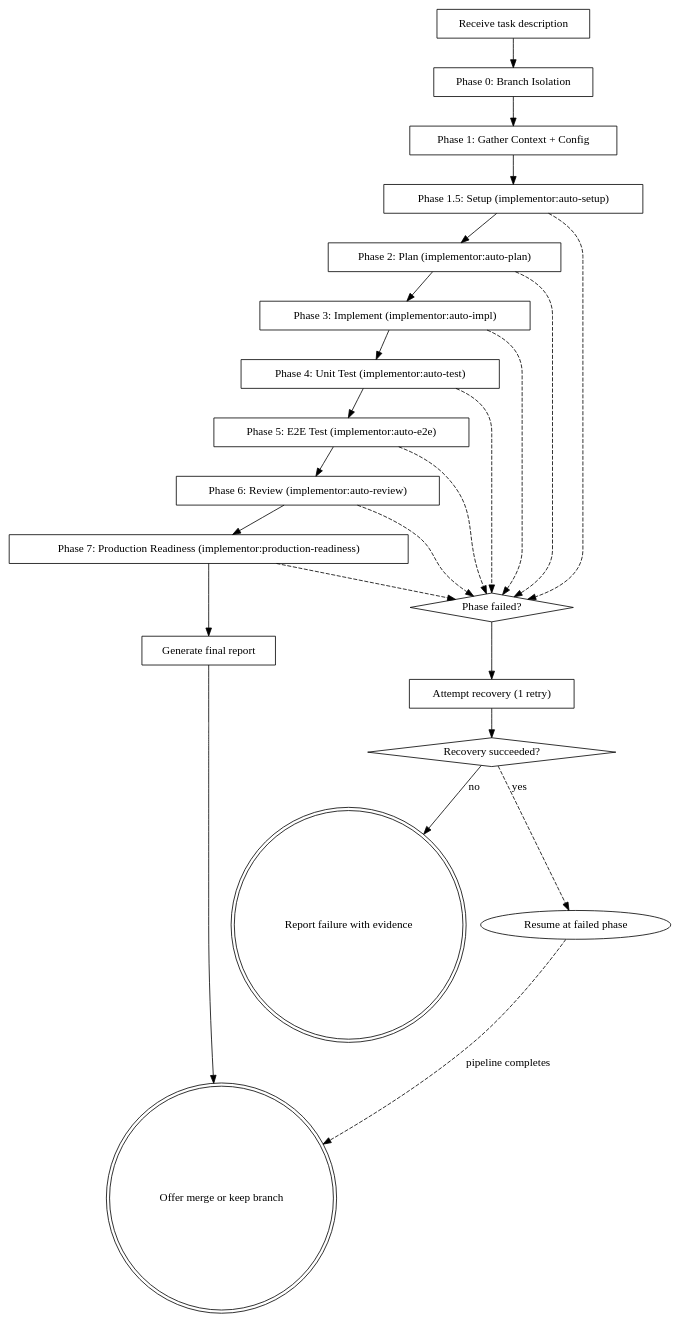
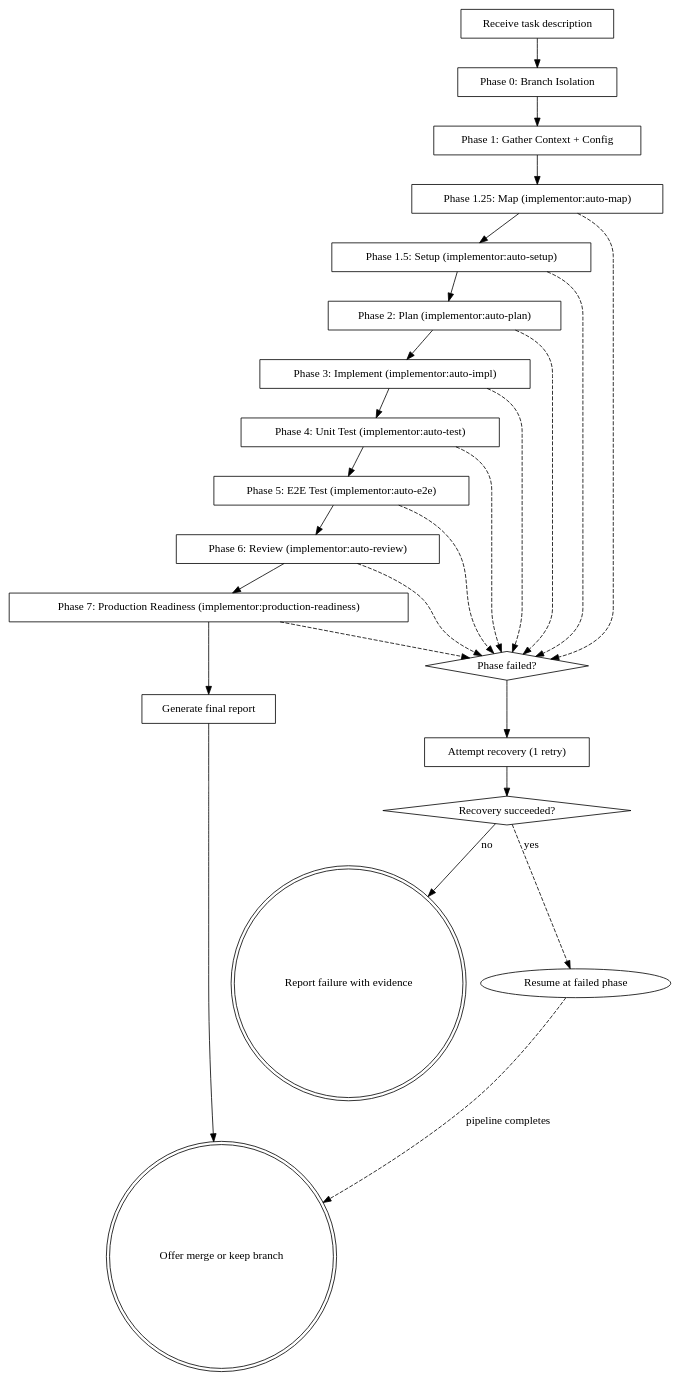
Before and after one commit to hybriden/shipwright: the diagram in skills/run/SKILL.md, drawn with Graphviz. The commit also changed other lines of this file and 11 other files, not shown here.

First line of the commit message:
feat: v2.0.0 — architecture mapping, anti-regression gates, contract tests, checkpoints

````diff
--- a/skills/run/SKILL.md
+++ b/skills/run/SKILL.md
@@ -34,47 +34,50 @@
 ```dot
 digraph run_pipeline {
     rankdir=TB;
 
     "Receive task description" [shape=box];
     "Phase 0: Branch Isolation" [shape=box];
     "Phase 1: Gather Context + Config" [shape=box];
+    "Phase 1.25: Map (implementor:auto-map)" [shape=box];
     "Phase 1.5: Setup (implementor:auto-setup)" [shape=box];
     "Phase 2: Plan (implementor:auto-plan)" [shape=box];
     "Phase 3: Implement (implementor:auto-impl)" [shape=box];
     "Phase 4: Unit Test (implementor:auto-test)" [shape=box];
     "Phase 5: E2E Test (implementor:auto-e2e)" [shape=box];
     "Phase 6: Review (implementor:auto-review)" [shape=box];
     "Phase 7: Production Readiness (implementor:production-readiness)" [shape=box];
     "Generate final report" [shape=box];
     "Offer merge or keep branch" [shape=doublecircle];
     "Phase failed?" [shape=diamond];
     "Attempt recovery (1 retry)" [shape=box];
     "Recovery succeeded?" [shape=diamond];
     "Report failure with evidence" [shape=doublecircle];
 
     "Receive task description" -> "Phase 0: Branch Isolation";
     "Phase 0: Branch Isolation" -> "Phase 1: Gather Context + Config";
-    "Phase 1: Gather Context + Config" -> "Phase 1.5: Setup (implementor:auto-setup)";
+    "Phase 1: Gather Context + Config" -> "Phase 1.25: Map (implementor:auto-map)";
+    "Phase 1.25: Map (implementor:auto-map)" -> "Phase 1.5: Setup (implementor:auto-setup)";
     "Phase 1.5: Setup (implementor:auto-setup)" -> "Phase 2: Plan (implementor:auto-plan)";
     "Phase 2: Plan (implementor:auto-plan)" -> "Phase 3: Implement (implementor:auto-impl)";
     "Phase 3: Implement (implementor:auto-impl)" -> "Phase 4: Unit Test (implementor:auto-test)";
     "Phase 4: Unit Test (implementor:auto-test)" -> "Phase 5: E2E Test (implementor:auto-e2e)";
     "Phase 5: E2E Test (implementor:auto-e2e)" -> "Phase 6: Review (implementor:auto-review)";
     "Phase 6: Review (implementor:auto-review)" -> "Phase 7: Production Readiness (implementor:production-readiness)";
     "Phase 7: Production Readiness (implementor:production-readiness)" -> "Generate final report";
     "Generate final report" -> "Offer merge or keep branch";
 
+    "Phase 1.25: Map (implementor:auto-map)" -> "Phase failed?" [style=dashed];
     "Phase 1.5: Setup (implementor:auto-setup)" -> "Phase failed?" [style=dashed];
     "Phase 2: Plan (implementor:auto-plan)" -> "Phase failed?" [style=dashed];
     "Phase 3: Implement (implementor:auto-impl)" -> "Phase failed?" [style=dashed];
     "Phase 4: Unit Test (implementor:auto-test)" -> "Phase failed?" [style=dashed];
     "Phase 5: E2E Test (implementor:auto-e2e)" -> "Phase failed?" [style=dashed];
     "Phase 6: Review (implementor:auto-review)" -> "Phase failed?" [style=dashed];
     "Phase 7: Production Readiness (implementor:production-readiness)" -> "Phase failed?" [style=dashed];
     "Phase failed?" -> "Attempt recovery (1 retry)";
     "Attempt recovery (1 retry)" -> "Recovery succeeded?";
     "Recovery succeeded?" -> "Resume at failed phase" [label="yes" style=dashed];
     "Resume at failed phase" -> "Offer merge or keep branch" [label="pipeline completes" style=dashed];
     "Recovery succeeded?" -> "Report failure with evidence" [label="no"];
 }
 ```
````
